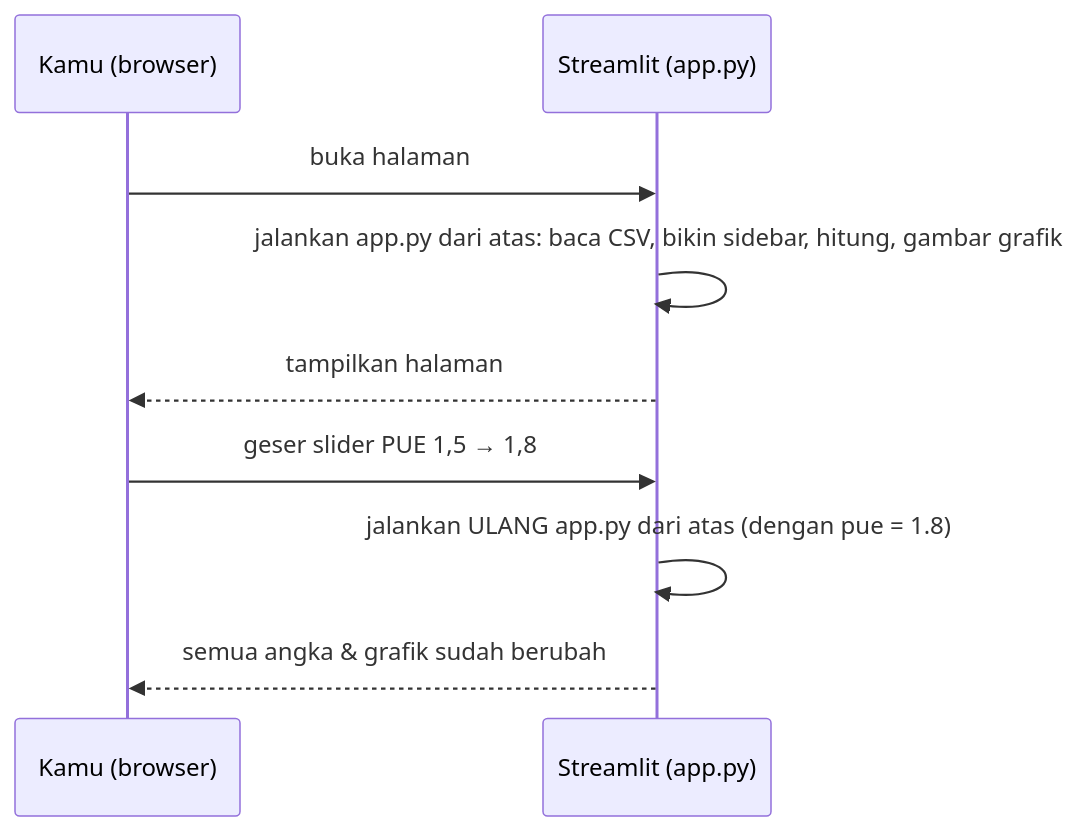
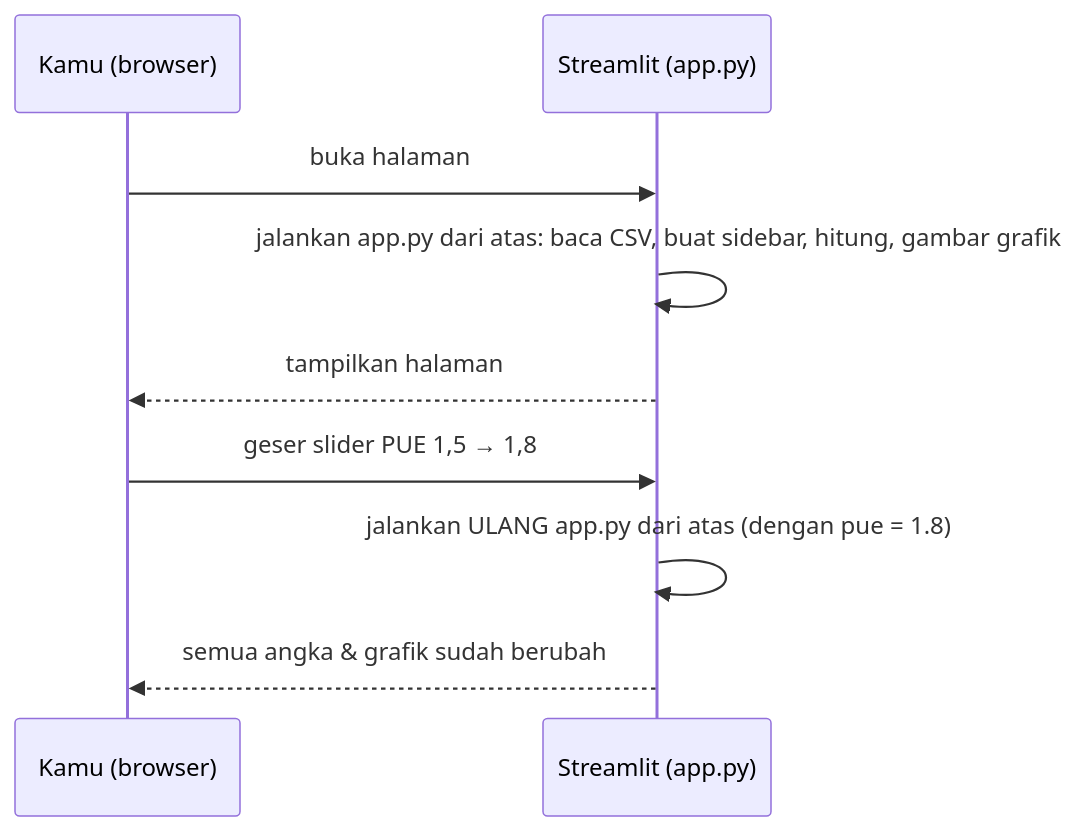
The third of 3 diagrams in docs/BELAJAR.md (Avalon2222/dc-impact-dashboard), drawn with Mermaid before and after one commit. The commit also changed other lines of this file and 11 other files, not shown here.

````diff
--- a/docs/BELAJAR.md
+++ b/docs/BELAJAR.md
@@ -158,11 +158,11 @@
 ```mermaid
 sequenceDiagram
     participant U as Kamu (browser)
     participant S as Streamlit (app.py)
     U->>S: buka halaman
-    S->>S: jalankan app.py dari atas: baca CSV, bikin sidebar, hitung, gambar grafik
+    S->>S: jalankan app.py dari atas: baca CSV, buat sidebar, hitung, gambar grafik
     S-->>U: tampilkan halaman
     U->>S: geser slider PUE 1,5 → 1,8
     S->>S: jalankan ULANG app.py dari atas (dengan pue = 1.8)
     S-->>U: semua angka & grafik sudah berubah
 ```
````
